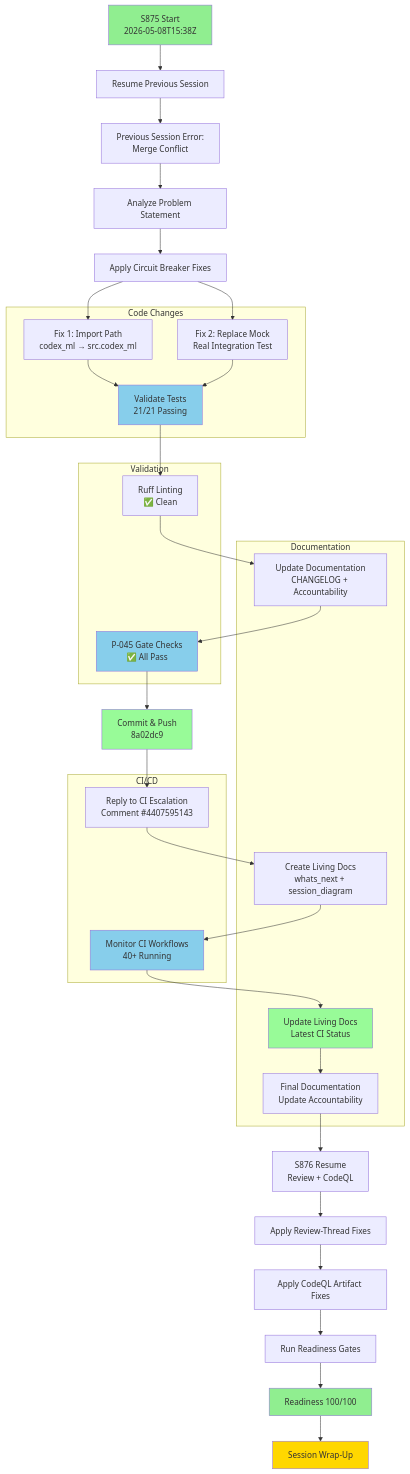
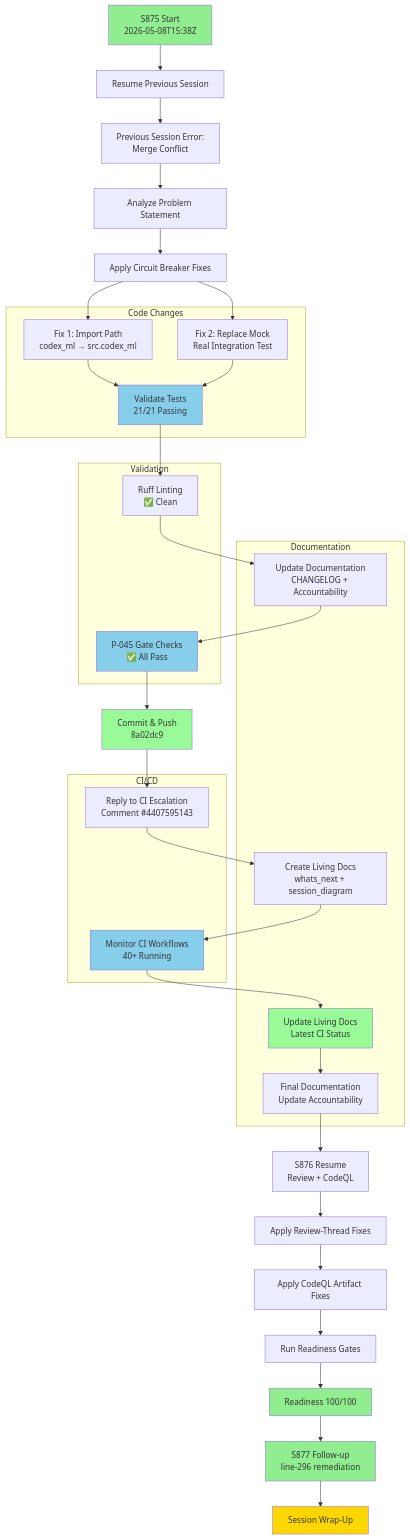
The first of 4 diagrams in docs/sessions/PR4366_session_diagram.md (Aries-Serpent/_codex_), drawn with Mermaid before and after one commit. The commit also changed other lines of this file and 4 other files, not shown here.

````diff
--- a/docs/sessions/PR4366_session_diagram.md
+++ b/docs/sessions/PR4366_session_diagram.md
@@ -12,65 +12,67 @@
 ```mermaid
 graph TD
     A[S875 Start<br/>2026-05-08T15:38Z] --> B[Resume Previous Session]
     B --> C[Previous Session Error:<br/>Merge Conflict]
     C --> D[Analyze Problem Statement]
     D --> E[Apply Circuit Breaker Fixes]
     
     E --> F[Fix 1: Import Path<br/>codex_ml → src.codex_ml]
     E --> G[Fix 2: Replace Mock<br/>Real Integration Test]
     
     F --> H[Validate Tests<br/>21/21 Passing]
     G --> H
     
     H --> I[Ruff Linting<br/>✅ Clean]
     I --> J[Update Documentation<br/>CHANGELOG + Accountability]
     
     J --> K[P-045 Gate Checks<br/>✅ All Pass]
     K --> L[Commit & Push<br/>8a02dc9]
     
     L --> M[Reply to CI Escalation<br/>Comment #4407595143]
     M --> N[Create Living Docs<br/>whats_next + session_diagram]
     
     N --> O[Monitor CI Workflows<br/>40+ Running]
     O --> P[Update Living Docs<br/>Latest CI Status]
     
     P --> Q[Final Documentation<br/>Update Accountability]
     Q --> R[S876 Resume<br/>Review + CodeQL]
     R --> S[Apply Review-Thread Fixes]
     S --> T[Apply CodeQL Artifact Fixes]
     T --> U[Run Readiness Gates]
     U --> V[Readiness 100/100]
-    V --> W[Session Wrap-Up]
+    V --> W[S877 Follow-up<br/>line-296 remediation]
+    W --> X[Session Wrap-Up]
     
     style A fill:#90EE90
-    style W fill:#FFD700
+    style X fill:#FFD700
     style H fill:#87CEEB
     style K fill:#87CEEB
     style L fill:#98FB98
     style O fill:#87CEEB
     style P fill:#98FB98
     style V fill:#90EE90
+    style W fill:#90EE90
     
     subgraph "Code Changes"
         F
         G
         H
     end
     
     subgraph "Documentation"
         J
         N
         P
         Q
     end
     
     subgraph "CI/CD"
         M
         O
     end
     
     subgraph "Validation"
         I
         K
     end
 ```
````
